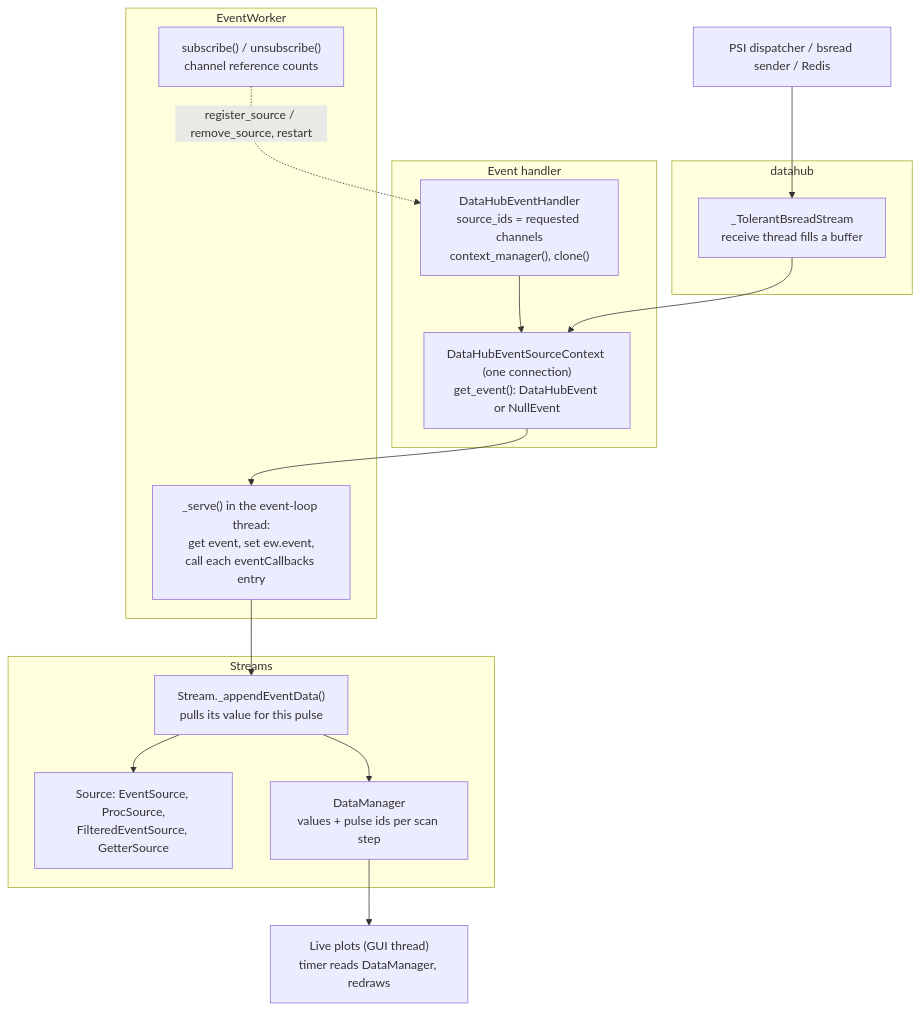
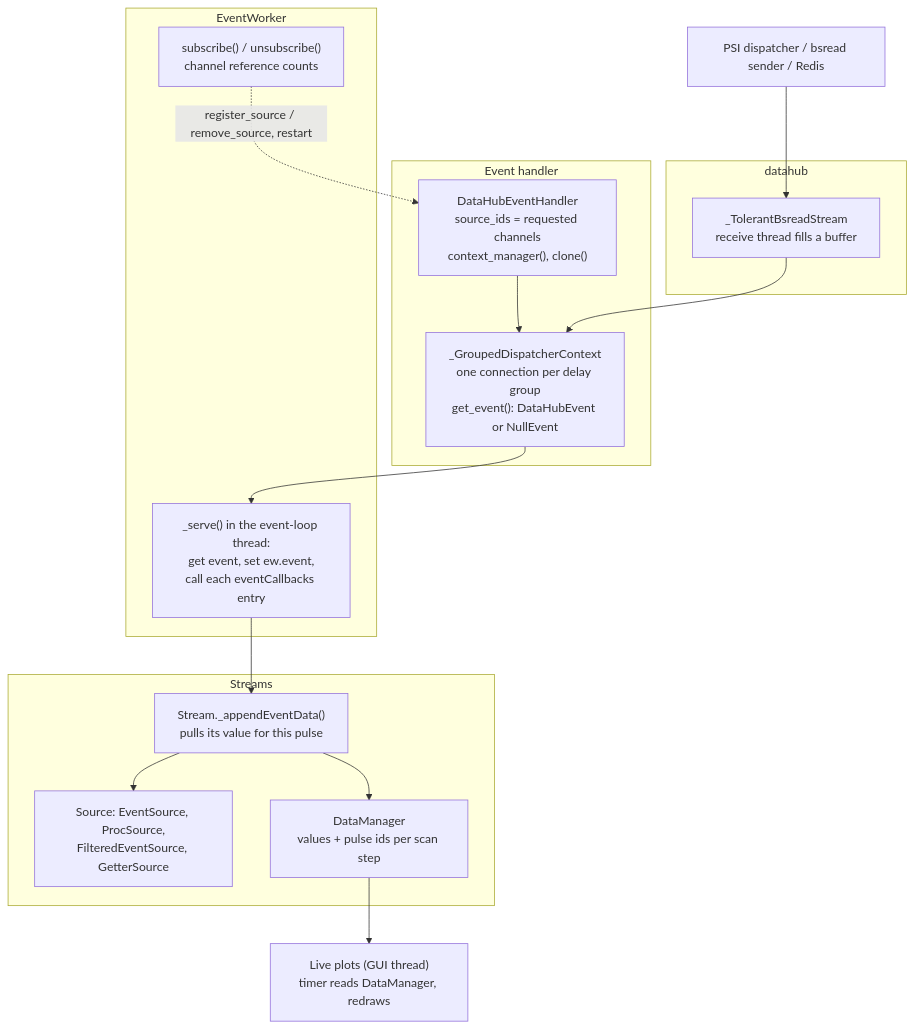
One commit to htlemke/escape-fel changed the first of 8 diagrams in docs/development/stream_architecture.md. Above: the diagram before and after it, drawn with Mermaid. The commit also changed other lines of this file and 5 other files, not shown here.

````diff
--- a/docs/development/stream_architecture.md
+++ b/docs/development/stream_architecture.md
@@ -14,28 +14,28 @@
 ```mermaid
 flowchart TB
     disp["PSI dispatcher / bsread sender / Redis"]
     subgraph transport["datahub"]
         recv["_TolerantBsreadStream<br/>receive thread fills a buffer"]
     end
     subgraph handler["Event handler"]
         eh["DataHubEventHandler<br/>source_ids = requested channels<br/>context_manager(), clone()"]
-        ctx["DataHubEventSourceContext (one connection)<br/>get_event(): DataHubEvent or NullEvent"]
+        ctx["_GroupedDispatcherContext<br/>one connection per delay group<br/>get_event(): DataHubEvent or NullEvent"]
     end
     subgraph worker["EventWorker"]
         serve["_serve() in the event-loop thread:<br/>get event, set ew.event,<br/>call each eventCallbacks entry"]
         subs["subscribe() / unsubscribe()<br/>channel reference counts"]
     end
     subgraph streams["Streams"]
         st["Stream._appendEventData()<br/>pulls its value for this pulse"]
         src["Source: EventSource, ProcSource,<br/>FilteredEventSource, GetterSource"]
         dm["DataManager<br/>values + pulse ids per scan step"]
     end
     plots["Live plots (GUI thread)<br/>timer reads DataManager, redraws"]
 
     disp --> recv --> ctx
     eh --> ctx
     ctx --> serve --> st
     st --> src
     st --> dm --> plots
     subs -. "register_source / remove_source, restart" .-> eh
 ```
````
